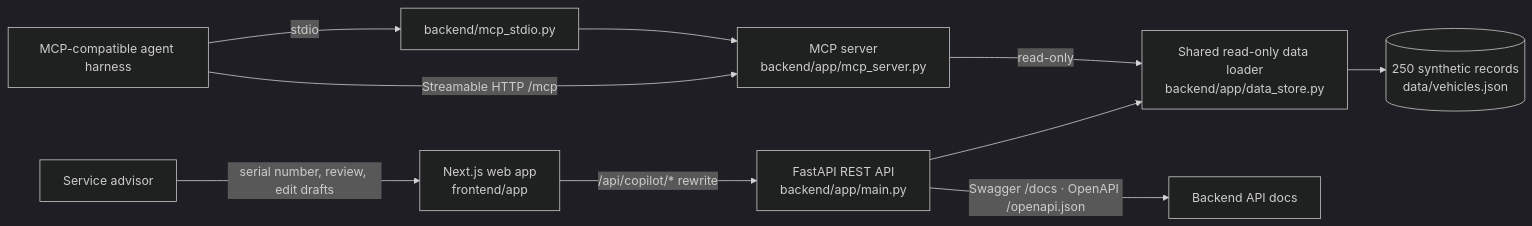
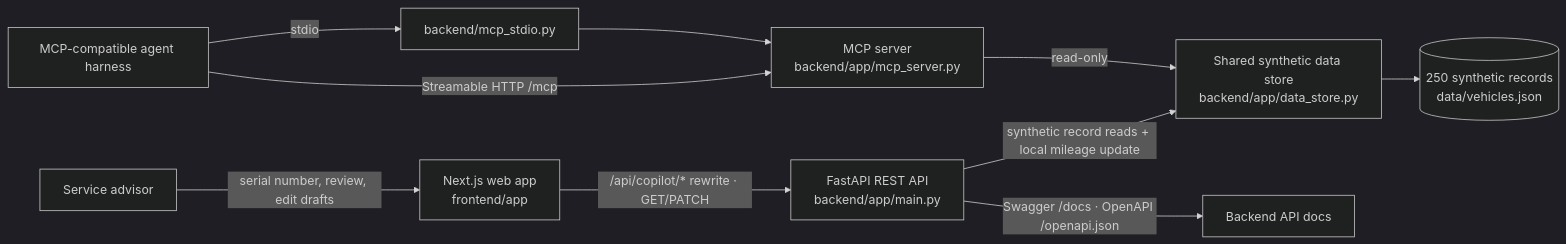
One commit to arsalanshakil-dev/service-lane-copilot changed the diagram in README.md. Above: the diagram before and after it, drawn with Mermaid (dark theme).

Commit message:
docs: show local mileage update in architecture diagram (#6)

````diff
--- a/README.md
+++ b/README.md
@@ -13,12 +13,12 @@
 ```mermaid
 flowchart LR
     Advisor[Service advisor] -->|serial number, review, edit drafts| Web[Next.js web app\nfrontend/app]
-    Web -->|/api/copilot/* rewrite| API[FastAPI REST API\nbackend/app/main.py]
-    API --> Store[Shared read-only data loader\nbackend/app/data_store.py]
+    Web -->|/api/copilot/* rewrite · GET/PATCH| API[FastAPI REST API\nbackend/app/main.py]
+    API -->|synthetic record reads + local mileage update| Store[Shared synthetic data store\nbackend/app/data_store.py]
     Store --> Data[(250 synthetic records\ndata/vehicles.json)]
     Harness[MCP-compatible agent harness] -->|Streamable HTTP /mcp| MCP[MCP server\nbackend/app/mcp_server.py]
     Harness -->|stdio| Launcher[backend/mcp_stdio.py]
     Launcher --> MCP
     MCP -->|read-only| Store
     API -->|Swagger /docs · OpenAPI /openapi.json| Docs[Backend API docs]
 ```
````
